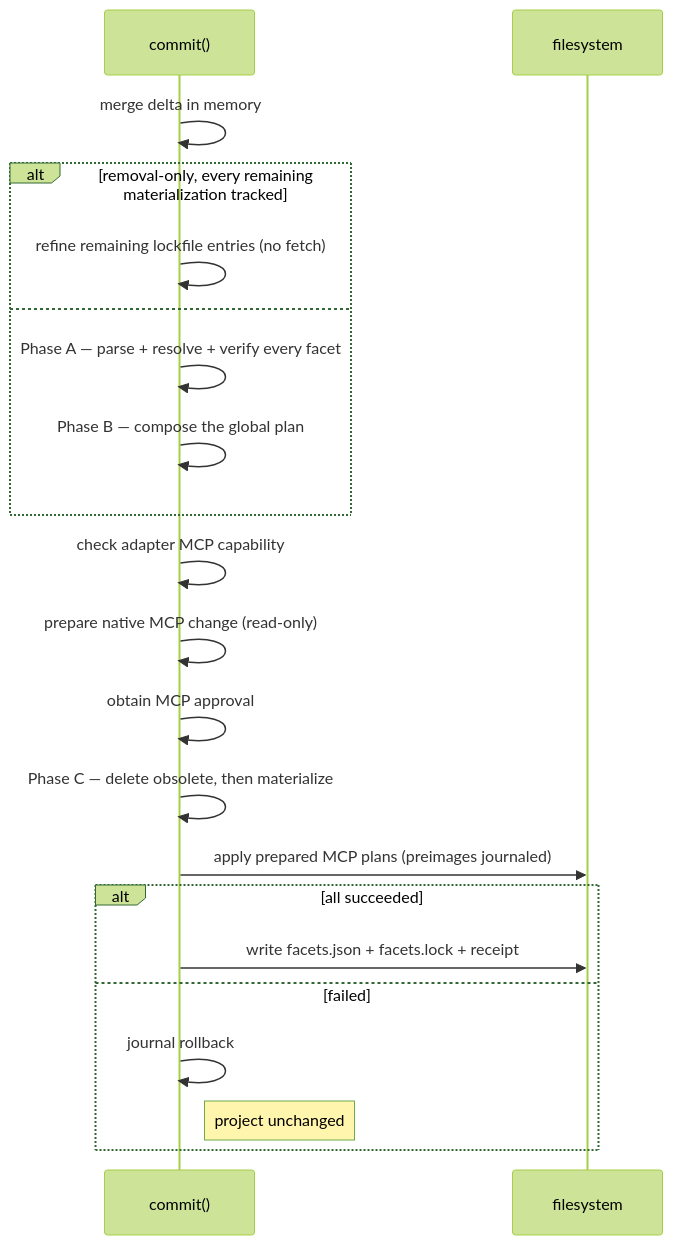
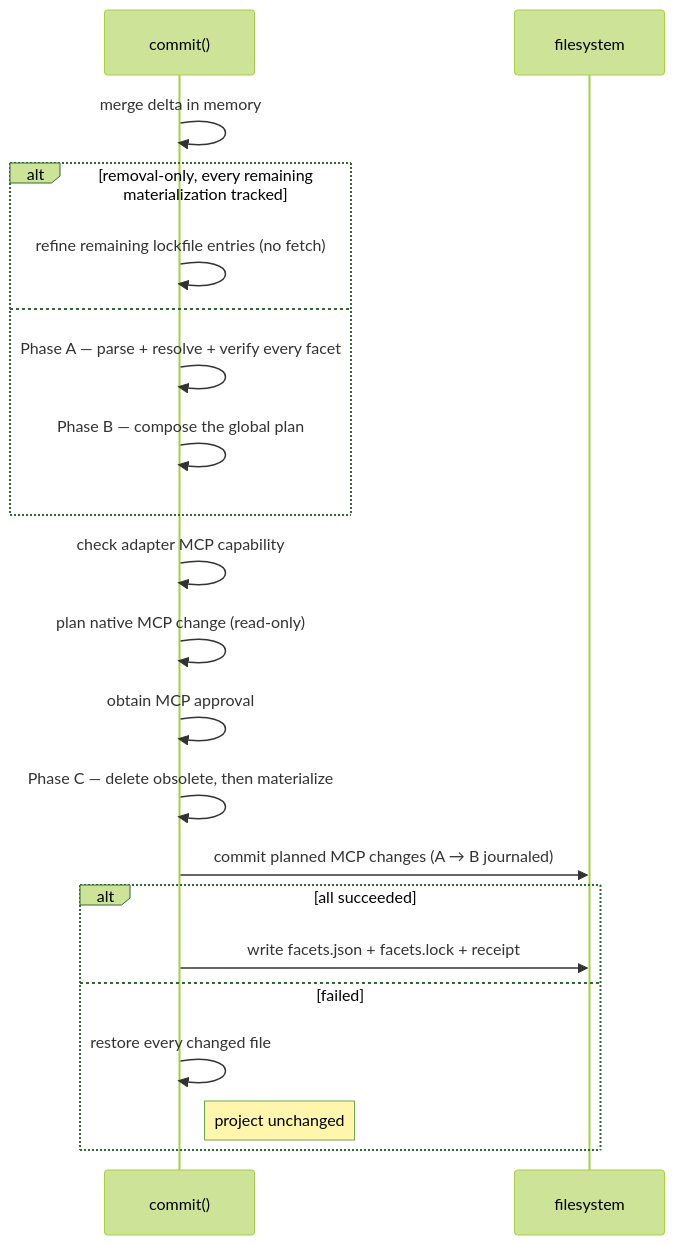
One commit to agent-facets/facets changed the fifth of 5 diagrams in docs/specification/commit.mdx. Above: the diagram before and after it, drawn with Mermaid (forest theme). The commit also changed other lines of this file and 135 other files, not shown here.

````diff
--- a/docs/specification/commit.mdx
+++ b/docs/specification/commit.mdx
@@ -383,23 +395,23 @@
 ```mermaid
 sequenceDiagram
     participant Commit as commit()
     participant FS as filesystem
     Commit->>Commit: merge delta in memory
     alt removal-only, every remaining materialization tracked
         Commit->>Commit: refine remaining lockfile entries (no fetch)
     else
         Commit->>Commit: Phase A — parse + resolve + verify every facet
         Commit->>Commit: Phase B — compose the global plan
     end
     Commit->>Commit: check adapter MCP capability
-    Commit->>Commit: prepare native MCP change (read-only)
+    Commit->>Commit: plan native MCP change (read-only)
     Commit->>Commit: obtain MCP approval
     Commit->>Commit: Phase C — delete obsolete, then materialize
-    Commit->>FS: apply prepared MCP plans (preimages journaled)
+    Commit->>FS: commit planned MCP changes (A → B journaled)
     alt all succeeded
         Commit->>FS: write facets.json + facets.lock + receipt
     else failed
-        Commit->>Commit: journal rollback
+        Commit->>Commit: restore every changed file
         Note right of Commit: project unchanged
     end
 ```
````
